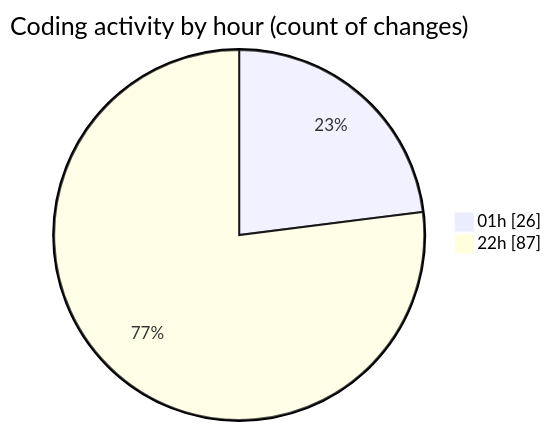
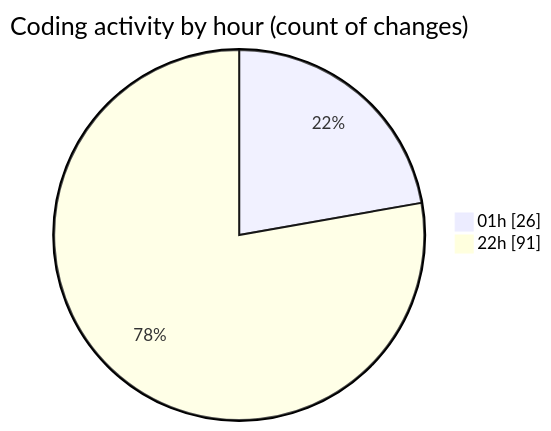
One commit to Ritupan-Deka/code-tracking changed the second of 2 diagrams in 2025-01-28/0starter_files/README.md. Above: the diagram before and after it, drawn with Mermaid. The commit also changed other lines of this file and 1 other file, not shown here.

````diff
--- a/2025-01-28/0starter_files/README.md
+++ b/2025-01-28/0starter_files/README.md
@@ -28,6 +28,6 @@
 ```mermaid
 pie showData
 title Coding activity by hour (count of changes)
 "01h" : 26
-"22h" : 87
+"22h" : 91
 ```
````
